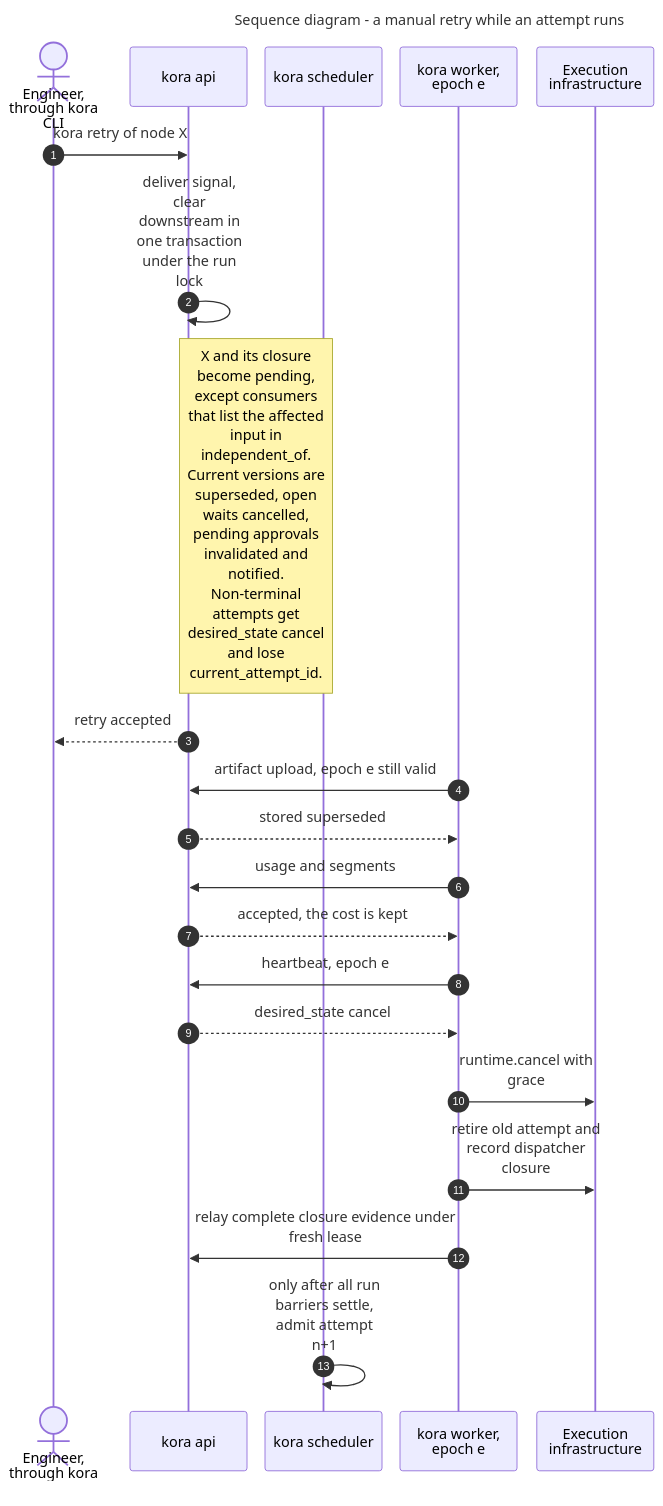
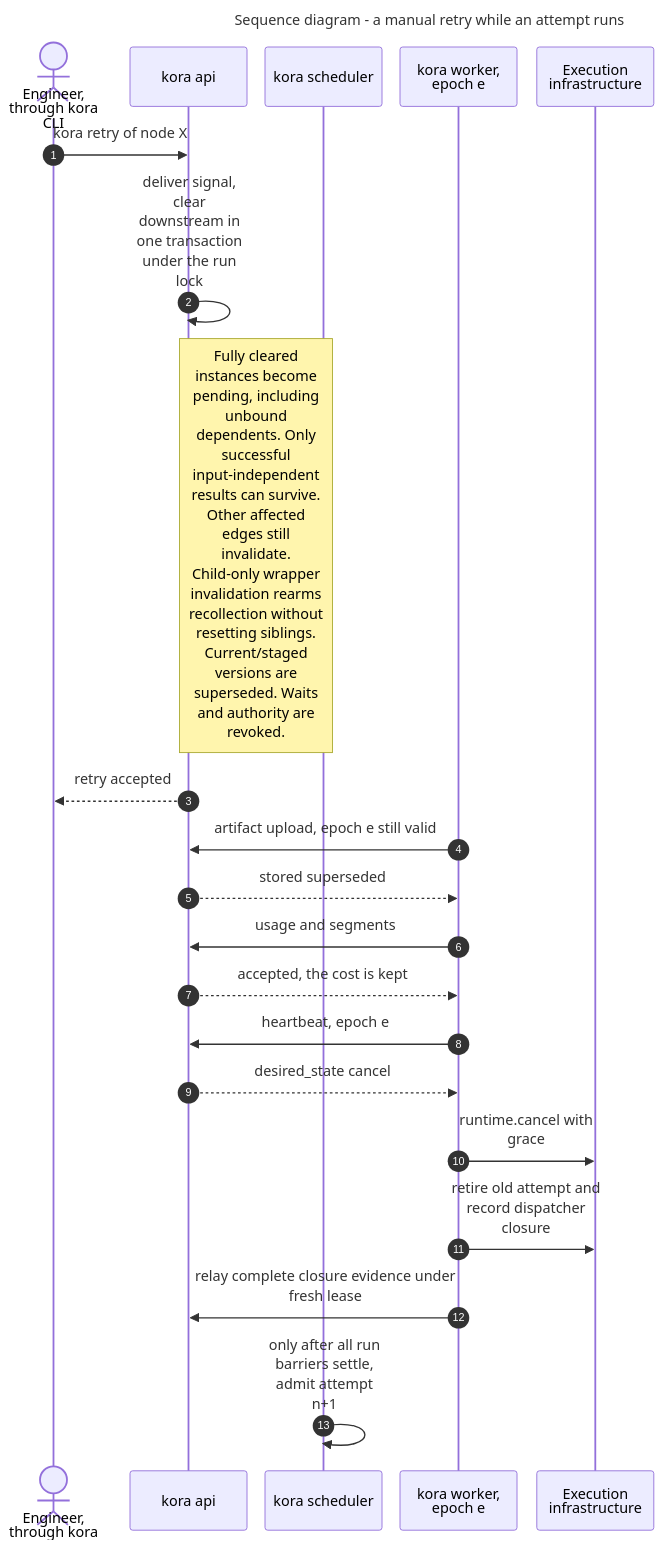
Diagram 16 of 24 in knowledge/architecture/internals.md (klukashka/kora), drawn with Mermaid before and after one commit. The commit also changed other lines of this file and 8 other files, not shown here.

````diff
--- a/knowledge/architecture/internals.md
+++ b/knowledge/architecture/internals.md
@@ -934,34 +934,34 @@
 ```mermaid
 ---
 title: Sequence diagram - a manual retry while an attempt runs
 config:
   sequence:
     wrap: true
     width: 130
     actorMargin: 20
     messageMargin: 30
 ---
 sequenceDiagram
   accTitle: A manual retry while an attempt runs
   accDescr: The engineer retries node X. In one transaction under the run lock the API resets X and its downstream closure to pending, supersedes their current versions, cancels their waits, invalidates their pending approvals and revokes result authority from their running attempts. A running attempt with a still valid epoch then uploads: its artifact is stored superseded, while its usage and segments are accepted. Its next heartbeat returns cancel, and the worker cancels the session. Readiness makes X ready again; admission inserts the next attempt only after runtime termination and all dispatcher/publication barriers in the run are settled.
   autonumber
   actor E as Engineer, through kora CLI
   participant A as kora api
   participant S as kora scheduler
   participant W as kora worker, epoch e
   participant RT as Execution infrastructure
   E->>A: kora retry of node X
   A->>A: deliver signal, clear downstream in one transaction under the run lock
-  Note over A,S: X and its closure become pending, except consumers that list the affected input in independent_of. Current versions are superseded, open waits cancelled, pending approvals invalidated and notified. Non-terminal attempts get desired_state cancel and lose current_attempt_id.
+  Note over A,S: Fully cleared instances become pending, including unbound dependents. Only successful input-independent results can survive. Other affected edges still invalidate. Child-only wrapper invalidation rearms recollection without resetting siblings. Current/staged versions are superseded. Waits and authority are revoked.
   A-->>E: retry accepted
   W->>A: artifact upload, epoch e still valid
   A-->>W: stored superseded
   W->>A: usage and segments
   A-->>W: accepted, the cost is kept
   W->>A: heartbeat, epoch e
   A-->>W: desired_state cancel
   W->>RT: runtime.cancel with grace
   W->>RT: retire old attempt and record dispatcher closure
   W->>A: relay complete closure evidence under fresh lease
   S->>S: only after all run barriers settle, admit attempt n+1
 ```
````
